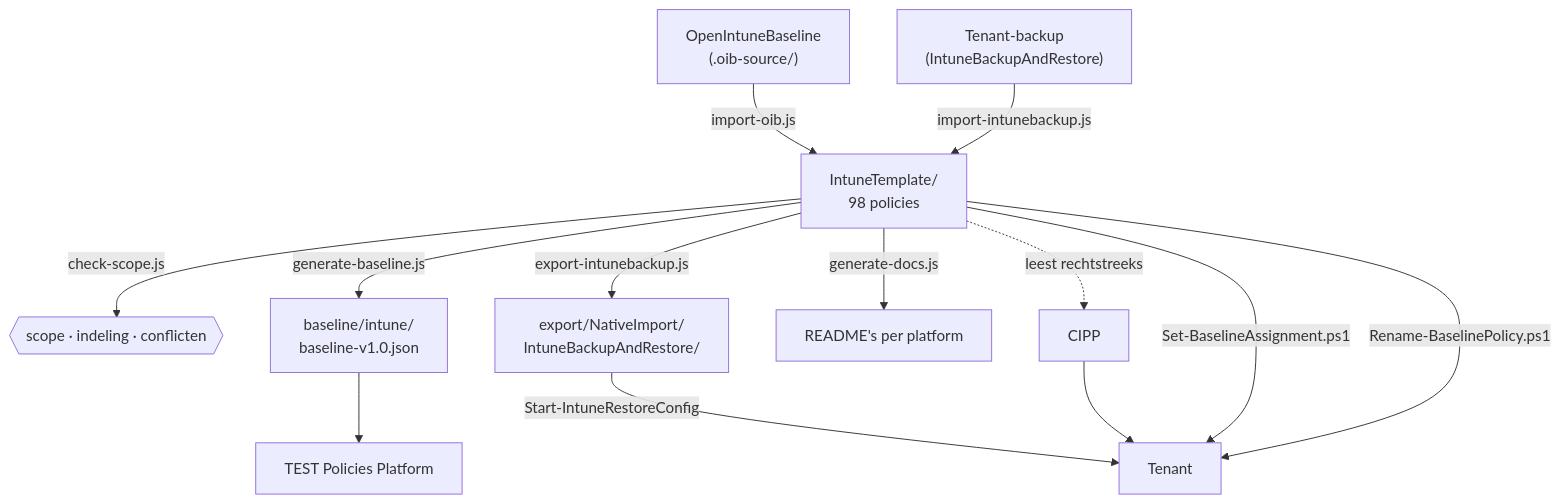
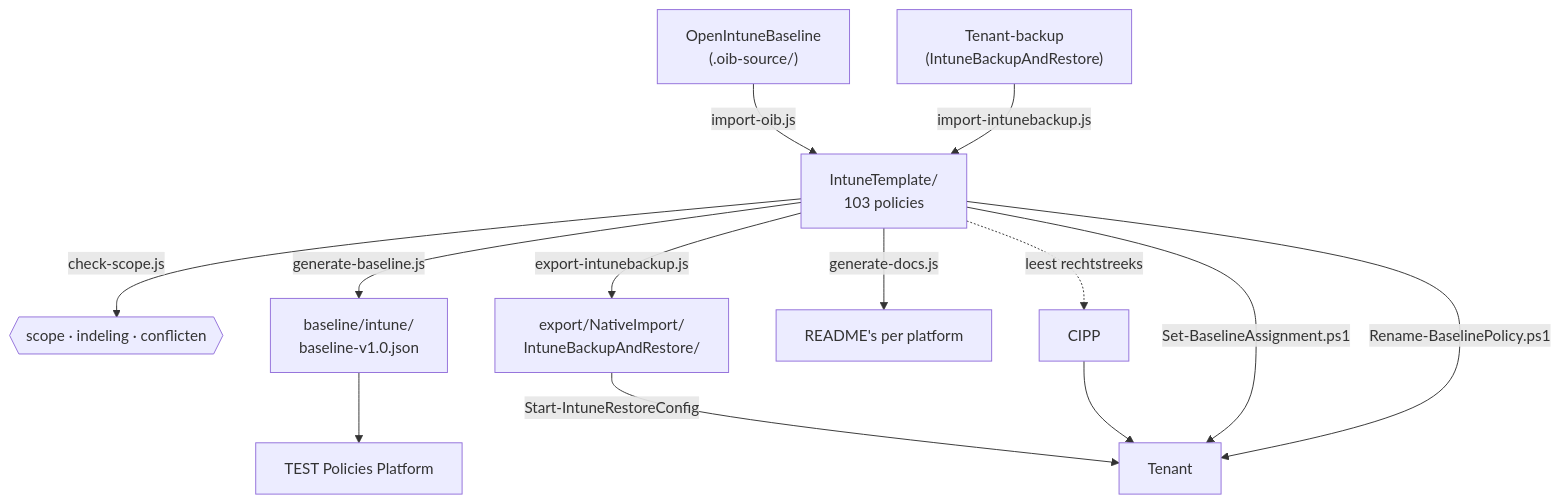
One commit to sjkanon/IntuneBackup changed the diagram in scripts/README.md. Above: the diagram before and after it, drawn with Mermaid. The commit also changed 44 other files, not shown here.

````diff
--- a/scripts/README.md
+++ b/scripts/README.md
@@ -7,16 +7,16 @@
 ```mermaid
 flowchart TD
   OIB["OpenIntuneBaseline<br/>(.oib-source/)"] -->|import-oib.js| T
   TEN["Tenant-backup<br/>(IntuneBackupAndRestore)"] -->|import-intunebackup.js| T
-  T["IntuneTemplate/<br/>98 policies"]
+  T["IntuneTemplate/<br/>103 policies"]
   T -->|check-scope.js| CHK{{"scope · indeling · conflicten"}}
   T -->|generate-baseline.js| BL["baseline/intune/<br/>baseline-v1.0.json"]
   T -->|export-intunebackup.js| EX["export/NativeImport/<br/>IntuneBackupAndRestore/"]
   T -->|generate-docs.js| DOC["README's per platform"]
   T -.->|leest rechtstreeks| CIPP["CIPP"]
   BL --> PLAT["TEST Policies Platform"]
   EX -->|Start-IntuneRestoreConfig| TENANT["Tenant"]
   CIPP --> TENANT
   T -->|Set-BaselineAssignment.ps1| TENANT
   T -->|Rename-BaselinePolicy.ps1| TENANT
 ```
````
